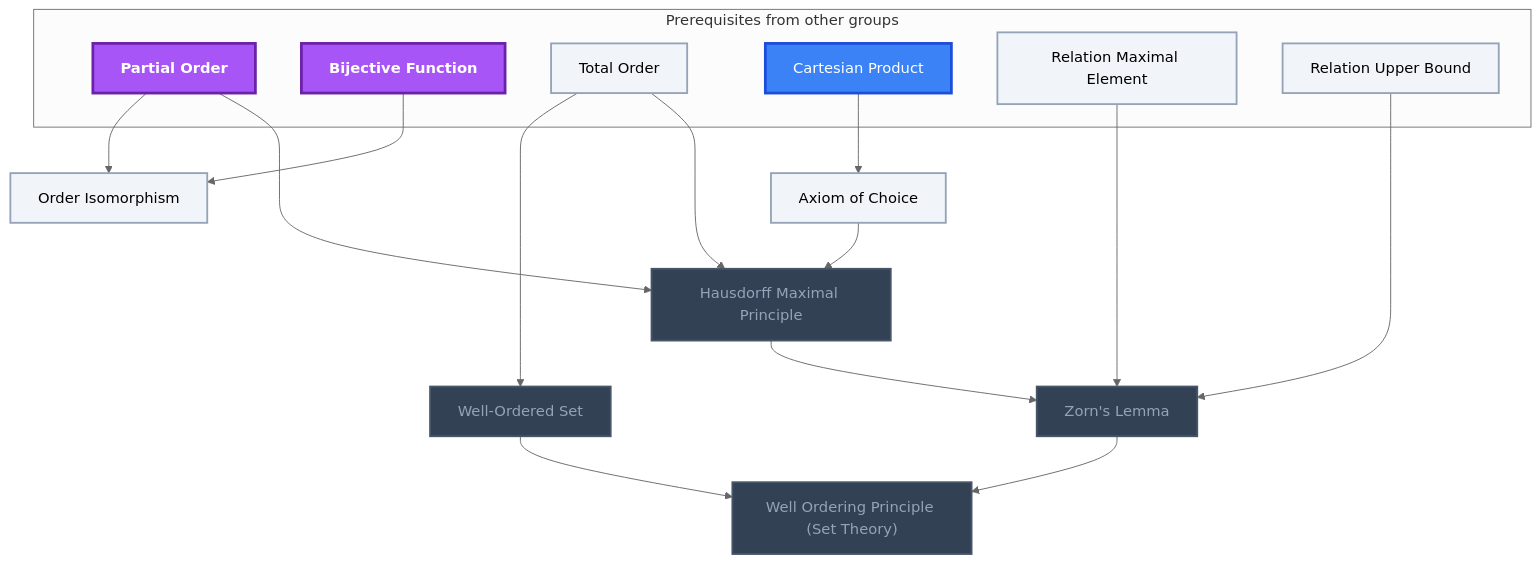
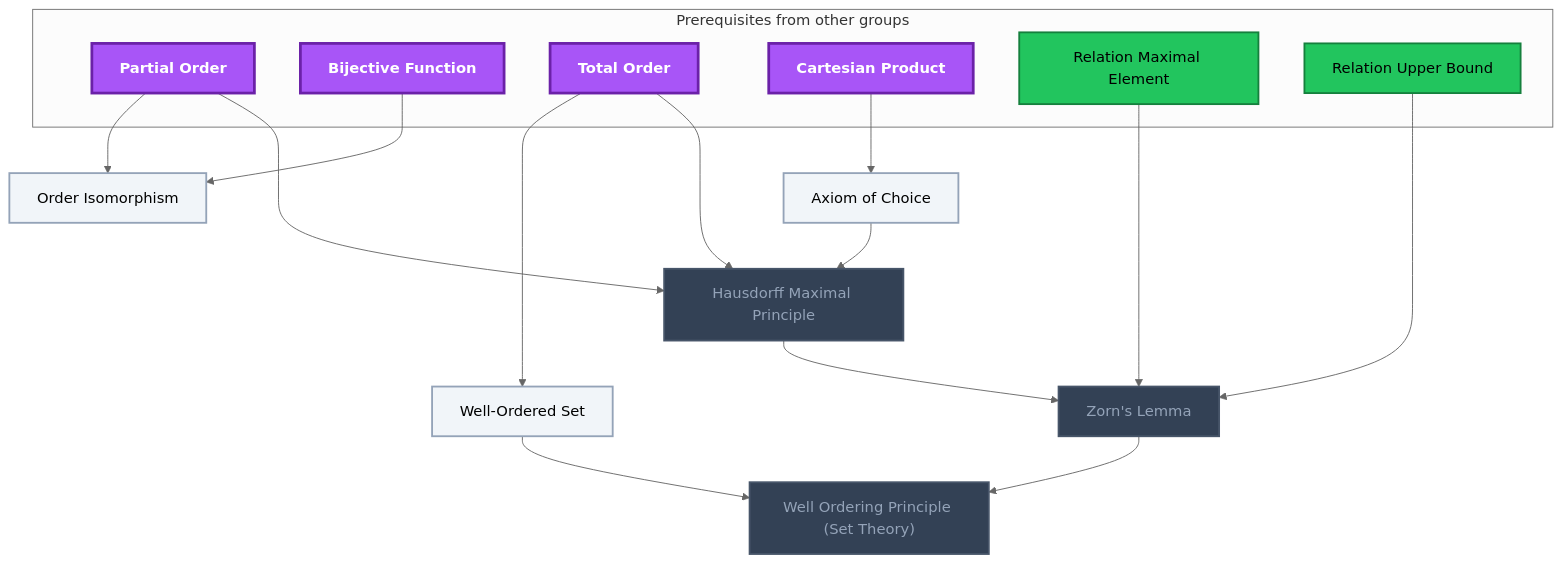
The second of 13 diagrams in Gamification/Skill Trees/Measure Theory.md (MRauf1/My-Notes), drawn with Mermaid (neutral theme) before and after one commit. The commit also changed other lines of this file and 145 other files, not shown here.

````diff
--- a/Gamification/Skill Trees/Measure Theory.md
+++ b/Gamification/Skill Trees/Measure Theory.md
@@ -40,43 +41,43 @@
 ```mermaid
 flowchart TD
     classDef planned fill:#1E293B,stroke:#64748B,stroke-width:2px,stroke-dasharray:5 5,color:#94A3B8;
     classDef locked fill:#334155,stroke:#475569,stroke-width:2px,color:#94A3B8;
     classDef L0 fill:#F1F5F9,stroke:#94A3B8,stroke-width:2px,color:#000000;
     classDef L1 fill:#22C55E,stroke:#15803D,stroke-width:2px,color:#000000;
     classDef L2 fill:#3B82F6,stroke:#1D4ED8,stroke-width:3px,color:#FFFFFF;
     classDef L3 fill:#A855F7,stroke:#6B21A8,stroke-width:3px,color:#FFFFFF,font-weight:bold;
     classDef L4 fill:#F97316,stroke:#C2410C,stroke-width:4px,color:#000000,font-weight:bold;
     classDef L5 fill:#FFD700,stroke:#FF8C00,stroke-width:5px,color:#000000,font-weight:bold;
     classDef rusty stroke:#8B4513,stroke-width:4px,stroke-dasharray:3 3;
     subgraph sg_prereqs["Prerequisites from other groups"]
         n_partial_order["Partial Order"]
         n_bijective_function["Bijective Function"]
         n_total_order["Total Order"]
         n_cartesian_product["Cartesian Product"]
         n_relation_maximal_element["Relation Maximal Element"]
         n_relation_upper_bound["Relation Upper Bound"]
     end
     n_order_isomorphism["Order Isomorphism"]
     n_well_ordered_set["Well-Ordered Set"]
     n_axiom_of_choice["Axiom of Choice"]
     n_hausdorff_maximal_principle["Hausdorff Maximal Principle"]
     n_zorn_s_lemma["Zorn's Lemma"]
     n_well_ordering_principle_set_theory["Well Ordering Principle (Set Theory)"]
     n_partial_order --> n_order_isomorphism
     n_bijective_function --> n_order_isomorphism
     n_total_order --> n_well_ordered_set
     n_cartesian_product --> n_axiom_of_choice
     n_axiom_of_choice --> n_hausdorff_maximal_principle
     n_partial_order --> n_hausdorff_maximal_principle
     n_total_order --> n_hausdorff_maximal_principle
     n_hausdorff_maximal_principle --> n_zorn_s_lemma
     n_relation_maximal_element --> n_zorn_s_lemma
     n_relation_upper_bound --> n_zorn_s_lemma
     n_zorn_s_lemma --> n_well_ordering_principle_set_theory
     n_well_ordered_set --> n_well_ordering_principle_set_theory
-    class n_well_ordered_set,n_hausdorff_maximal_principle,n_zorn_s_lemma,n_well_ordering_principle_set_theory locked;
-    class n_total_order,n_relation_maximal_element,n_relation_upper_bound,n_order_isomorphism,n_axiom_of_choice L0;
-    class n_cartesian_product L2;
-    class n_partial_order,n_bijective_function L3;
+    class n_hausdorff_maximal_principle,n_zorn_s_lemma,n_well_ordering_principle_set_theory locked;
+    class n_order_isomorphism,n_well_ordered_set,n_axiom_of_choice L0;
+    class n_relation_maximal_element,n_relation_upper_bound L1;
+    class n_partial_order,n_bijective_function,n_total_order,n_cartesian_product L3;
     class n_partial_order,n_bijective_function,n_total_order,n_cartesian_product,n_relation_maximal_element,n_relation_upper_bound,n_order_isomorphism,n_well_ordered_set,n_axiom_of_choice,n_hausdorff_maximal_principle,n_zorn_s_lemma,n_well_ordering_principle_set_theory internal-link;
 ```
````
